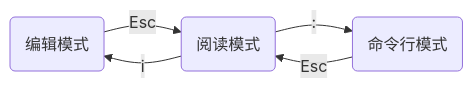
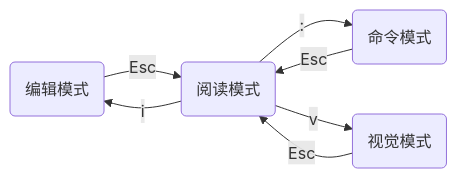
Before and after one commit to Explorer-Dong/wiki: the diagram in docs/tools/vim.md, drawn with Mermaid. The commit also changed other lines of this file, not shown here.

````diff
--- a/docs/tools/vim.md
+++ b/docs/tools/vim.md
@@ -13,10 +13,13 @@
 ```mermaid
 graph LR
     edit(编辑模式)
     read(阅读模式)
-    command(命令行模式)
-    edit --Esc--> read
+    command(命令模式)
+    visual(视觉模式)
     read --i--> edit
     read --:--> command
+    read --v--> visual
+    edit --Esc--> read
     command --Esc--> read
+    visual --Esc--> read
 ```
````
